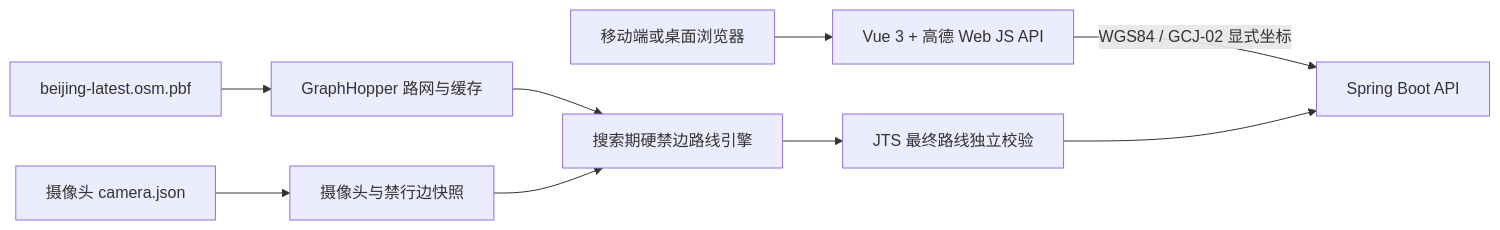
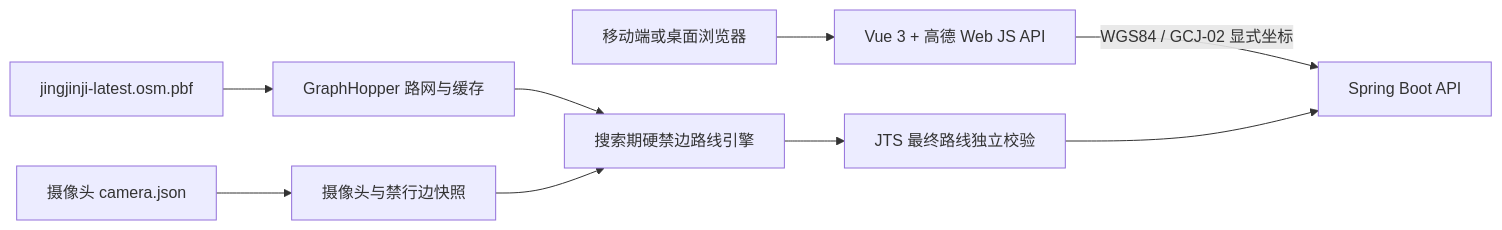
One commit to Xueaixin/camera-safe-router changed the diagram in README.md. Above: the diagram before and after it, drawn with Mermaid. The commit also changed other lines of this file and 14 other files, not shown here.

````diff
--- a/README.md
+++ b/README.md
@@ -23,11 +23,11 @@
 ```mermaid
 flowchart LR
     U["移动端或桌面浏览器"] --> W["Vue 3 + 高德 Web JS API"]
     W -->|"WGS84 / GCJ-02 显式坐标"| A["Spring Boot API"]
-    P["beijing-latest.osm.pbf"] --> G["GraphHopper 路网与缓存"]
+    P["jingjinji-latest.osm.pbf"] --> G["GraphHopper 路网与缓存"]
     C["摄像头 camera.json"] --> S["摄像头与禁行边快照"]
     G --> R["搜索期硬禁边路线引擎"]
     S --> R
     R --> V["JTS 最终路线独立校验"]
     V --> A
 ```
````
